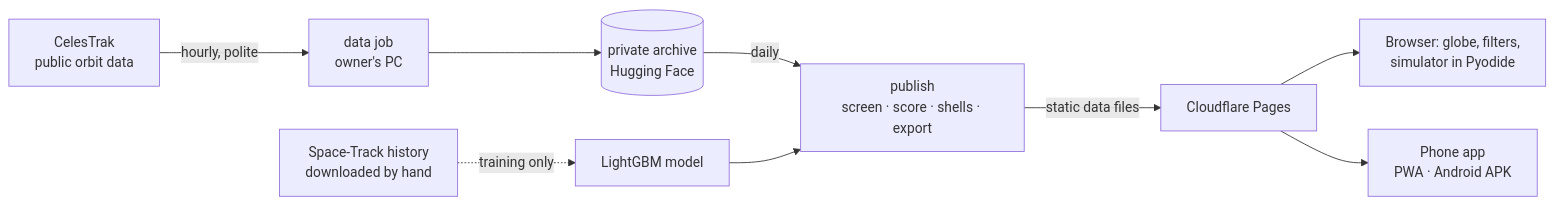
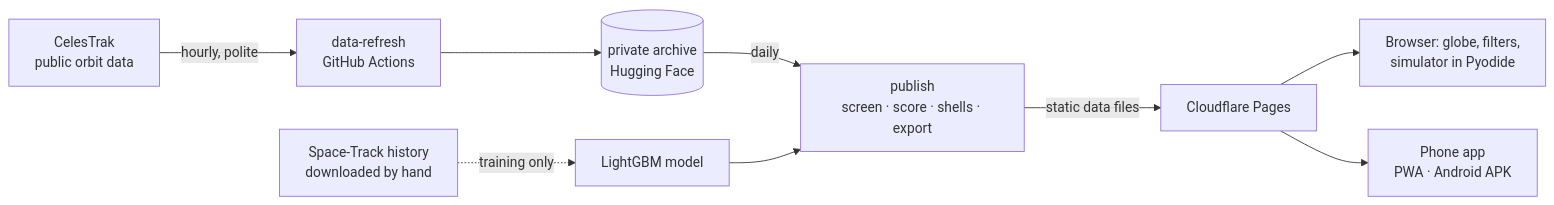
Before and after one commit to aryanpol73/perigee: the diagram in README.md, drawn with Mermaid. The commit also changed 12 other files, not shown here.

First line of the commit message:
Data job back on GitHub: CelesTrak's "not updated since your last download" 403 skips instead of stopping

````diff
--- a/README.md
+++ b/README.md
@@ -73,11 +73,11 @@
 ```mermaid
 flowchart LR
-    CT[CelesTrak<br/>public orbit data] -->|hourly, polite| DR[data job<br/>owner's PC]
+    CT[CelesTrak<br/>public orbit data] -->|hourly, polite| DR[data-refresh<br/>GitHub Actions]
     DR --> HF[(private archive<br/>Hugging Face)]
     ST[Space-Track history<br/>downloaded by hand] -.->|training only| ML[LightGBM model]
     HF -->|daily| PUB[publish<br/>screen · score · shells · export]
     ML --> PUB
     PUB -->|static data files| CF[Cloudflare Pages]
     CF --> WEB[Browser: globe, filters,<br/>simulator in Pyodide]
     CF --> APP[Phone app<br/>PWA · Android APK]
 ```
````
